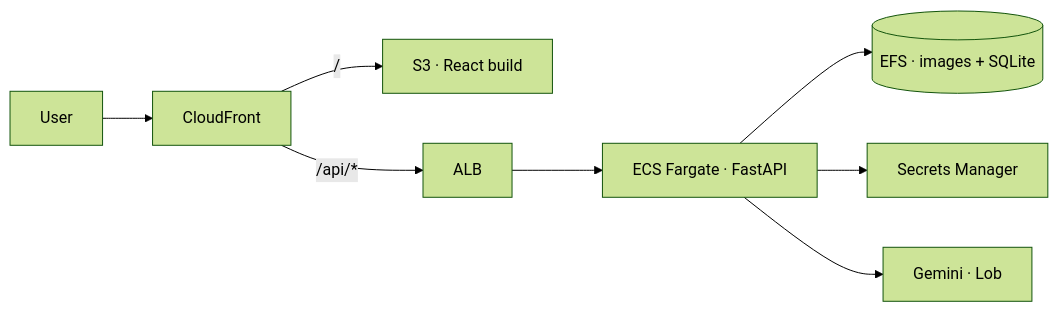
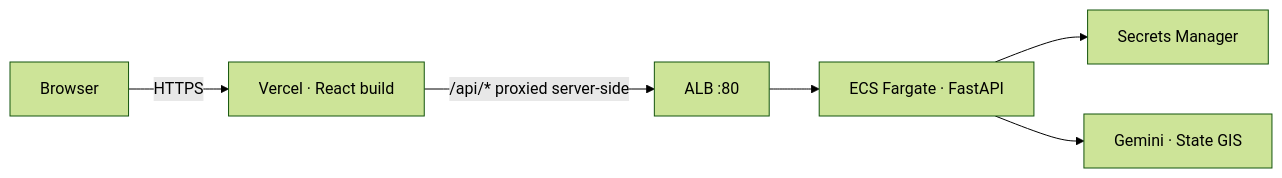
The diagram in docs/DEPLOY.md (Zerubabel-J/curbside), drawn with Mermaid (forest theme) before and after one commit. The commit also changed other lines of this file and 4 other files, not shown here.

````diff
--- a/docs/DEPLOY.md
+++ b/docs/DEPLOY.md
@@ -5,10 +6,8 @@
 ```mermaid
 flowchart LR
-    U["User"] --> CF["CloudFront"]
-    CF -->|"/"| S3["S3 · React build"]
-    CF -->|"/api/*"| ALB["ALB"]
+    U["Browser"] -->|HTTPS| V["Vercel · React build"]
+    V -->|"/api/* proxied server-side"| ALB["ALB :80"]
     ALB --> ECS["ECS Fargate · FastAPI"]
-    ECS --> EFS[("EFS · images + SQLite")]
     ECS --> SM["Secrets Manager"]
-    ECS --> EXT["Gemini · Lob"]
+    ECS --> EXT["Gemini · State GIS"]
 ```
````
